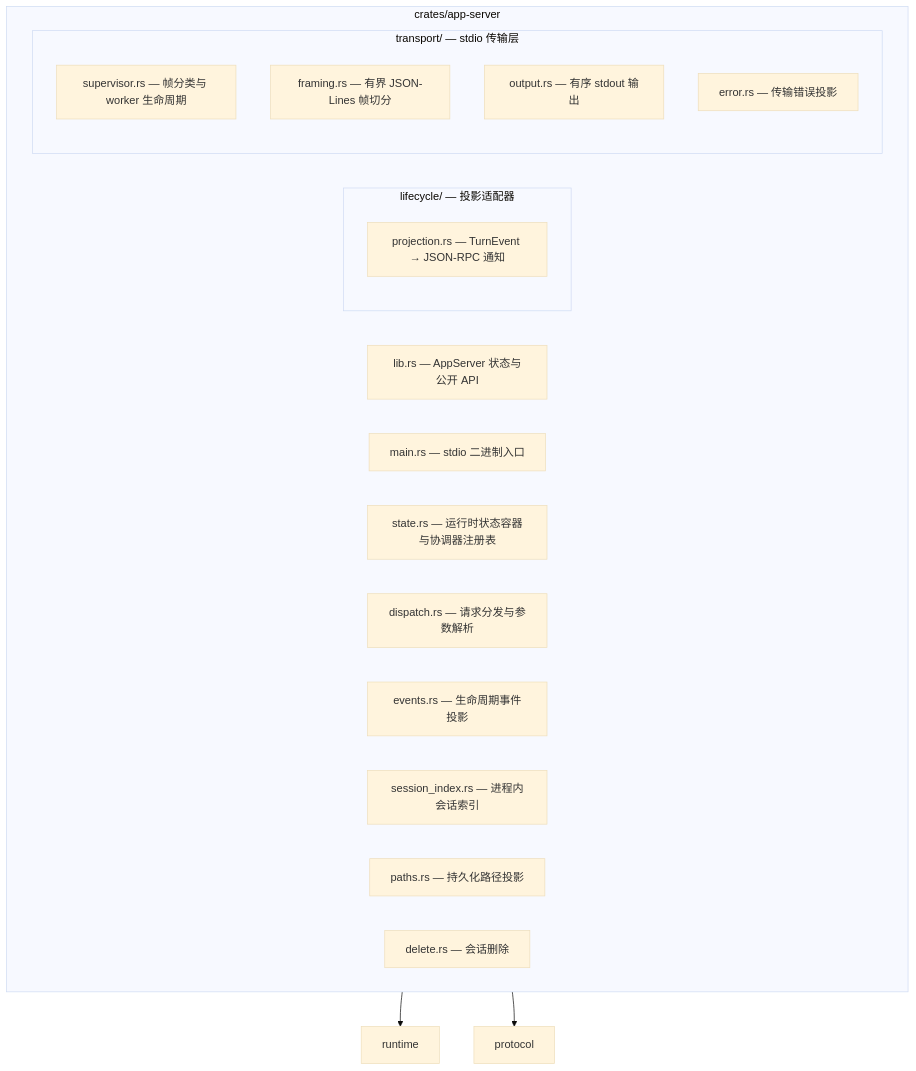
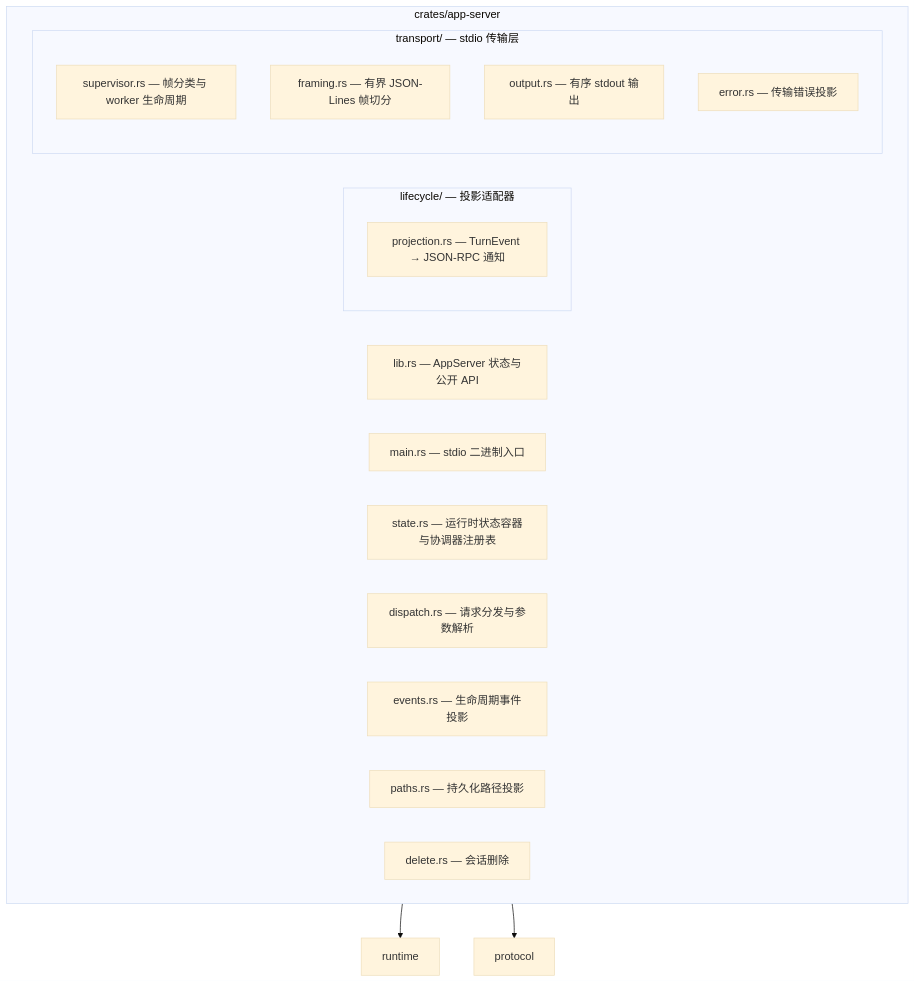
One commit to qjcnmd/singularity-agent changed the ninth of 10 diagrams in docs/repository-map.md. Above: the diagram before and after it, drawn with Mermaid (base theme). The commit also changed other lines of this file and 2 other files, not shown here.

````diff
--- a/docs/repository-map.md
+++ b/docs/repository-map.md
@@ -213,24 +215,23 @@
 ```mermaid
 flowchart TD
     subgraph appserver["crates/app-server"]
         lib["lib.rs — AppServer 状态与公开 API"]
         main["main.rs — stdio 二进制入口"]
         state["state.rs — 运行时状态容器与协调器注册表"]
         dispatch["dispatch.rs — 请求分发与参数解析"]
         events["events.rs — 生命周期事件投影"]
-        session_index["session_index.rs — 进程内会话索引"]
         paths["paths.rs — 持久化路径投影"]
         delete["delete.rs — 会话删除"]
         subgraph lifecycle["lifecycle/ — 投影适配器"]
             projection["projection.rs — TurnEvent → JSON-RPC 通知"]
         end
         subgraph transport["transport/ — stdio 传输层"]
             sup["supervisor.rs — 帧分类与 worker 生命周期"]
             framing["framing.rs — 有界 JSON-Lines 帧切分"]
             output["output.rs — 有序 stdout 输出"]
             terr["error.rs — 传输错误投影"]
         end
     end
     appserver --> runtime["runtime"]
     appserver --> protocol["protocol"]
 ```
````
